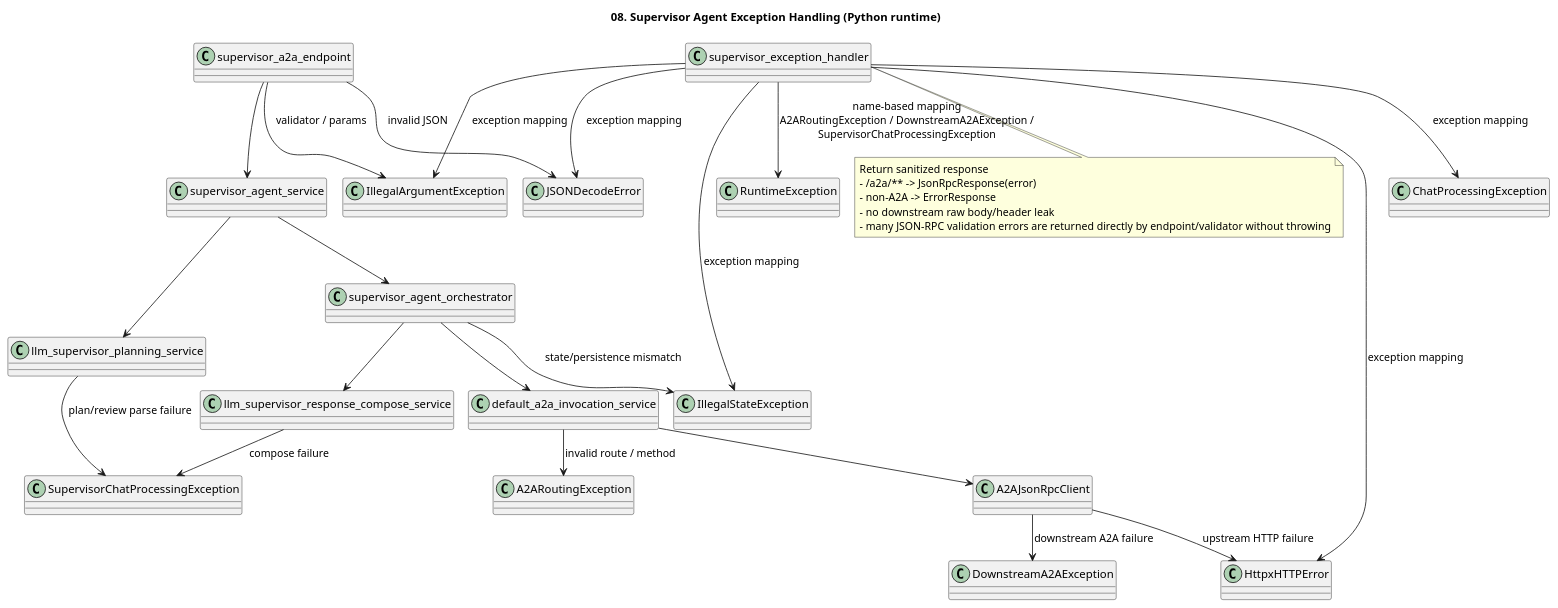
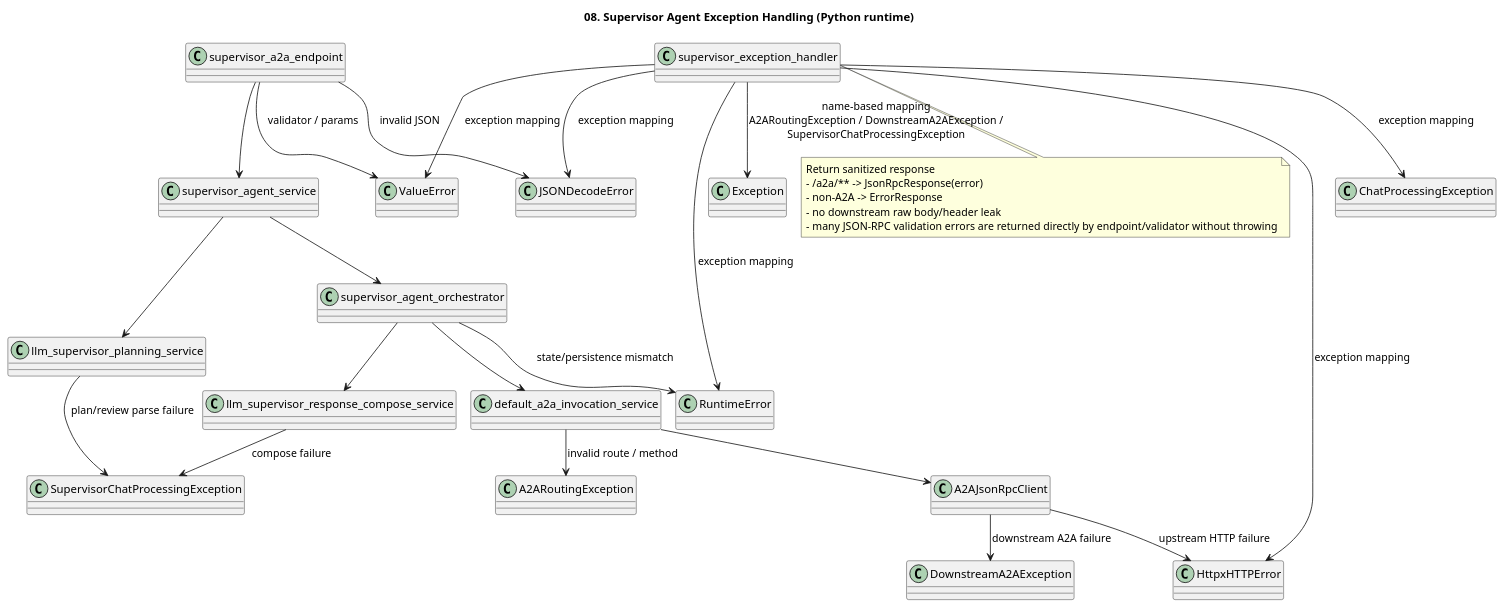
The diagram in a2a-host_agent-architecture/08-exception-handling.puml (kim57uak/smart-supervisor-sub-agent), drawn with PlantUML before and after one commit. The commit also changed 61 other files, not shown here.

```diff
--- a/a2a-host_agent-architecture/08-exception-handling.puml
+++ b/a2a-host_agent-architecture/08-exception-handling.puml
@@ -1,56 +1,56 @@
 @startuml
 !pragma layout smetana
 title 08. Supervisor Agent Exception Handling (Python runtime)
 
 skinparam shadowing false
 skinparam componentStyle rectangle
 
 class supervisor_a2a_endpoint
 class supervisor_agent_service
 class supervisor_agent_orchestrator
 class llm_supervisor_planning_service
 class llm_supervisor_response_compose_service
 class default_a2a_invocation_service
 class A2AJsonRpcClient
 class supervisor_exception_handler
 
 class A2ARoutingException
 class DownstreamA2AException
 class SupervisorChatProcessingException
 class ChatProcessingException
 class HttpxHTTPError
 class JSONDecodeError
-class IllegalArgumentException
-class IllegalStateException
+class ValueError
+class RuntimeError
 
 supervisor_a2a_endpoint --> supervisor_agent_service
 supervisor_agent_service --> supervisor_agent_orchestrator
 supervisor_agent_service --> llm_supervisor_planning_service
 supervisor_agent_orchestrator --> llm_supervisor_response_compose_service
 supervisor_agent_orchestrator --> default_a2a_invocation_service
 default_a2a_invocation_service --> A2AJsonRpcClient
 
 default_a2a_invocation_service --> A2ARoutingException : invalid route / method
 A2AJsonRpcClient --> DownstreamA2AException : downstream A2A failure
 llm_supervisor_planning_service --> SupervisorChatProcessingException : plan/review parse failure
 llm_supervisor_response_compose_service --> SupervisorChatProcessingException : compose failure
-supervisor_agent_orchestrator --> IllegalStateException : state/persistence mismatch
-supervisor_a2a_endpoint --> IllegalArgumentException : validator / params
+supervisor_agent_orchestrator --> RuntimeError : state/persistence mismatch
+supervisor_a2a_endpoint --> ValueError : validator / params
 supervisor_a2a_endpoint --> JSONDecodeError : invalid JSON
 A2AJsonRpcClient --> HttpxHTTPError : upstream HTTP failure
 
 supervisor_exception_handler --> ChatProcessingException : exception mapping
-supervisor_exception_handler --> RuntimeException : name-based mapping\nA2ARoutingException / DownstreamA2AException /\nSupervisorChatProcessingException
-supervisor_exception_handler --> IllegalArgumentException : exception mapping
-supervisor_exception_handler --> IllegalStateException : exception mapping
+supervisor_exception_handler --> Exception : name-based mapping\nA2ARoutingException / DownstreamA2AException /\nSupervisorChatProcessingException
+supervisor_exception_handler --> ValueError : exception mapping
+supervisor_exception_handler --> RuntimeError : exception mapping
 supervisor_exception_handler --> HttpxHTTPError : exception mapping
 supervisor_exception_handler --> JSONDecodeError : exception mapping
 
 note bottom of supervisor_exception_handler
 Return sanitized response
 - /a2a/** -> JsonRpcResponse(error)
 - non-A2A -> ErrorResponse
 - no downstream raw body/header leak
 - many JSON-RPC validation errors are returned directly by endpoint/validator without throwing
 end note
 @enduml
```
